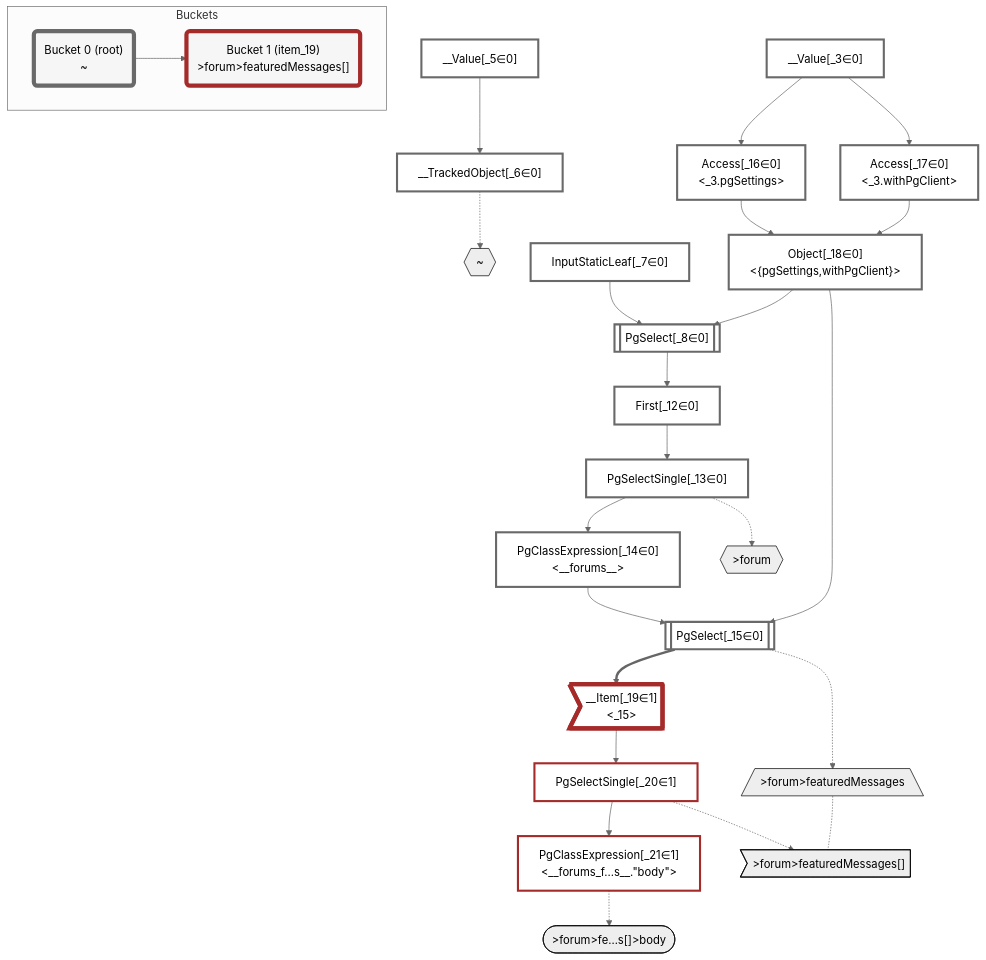
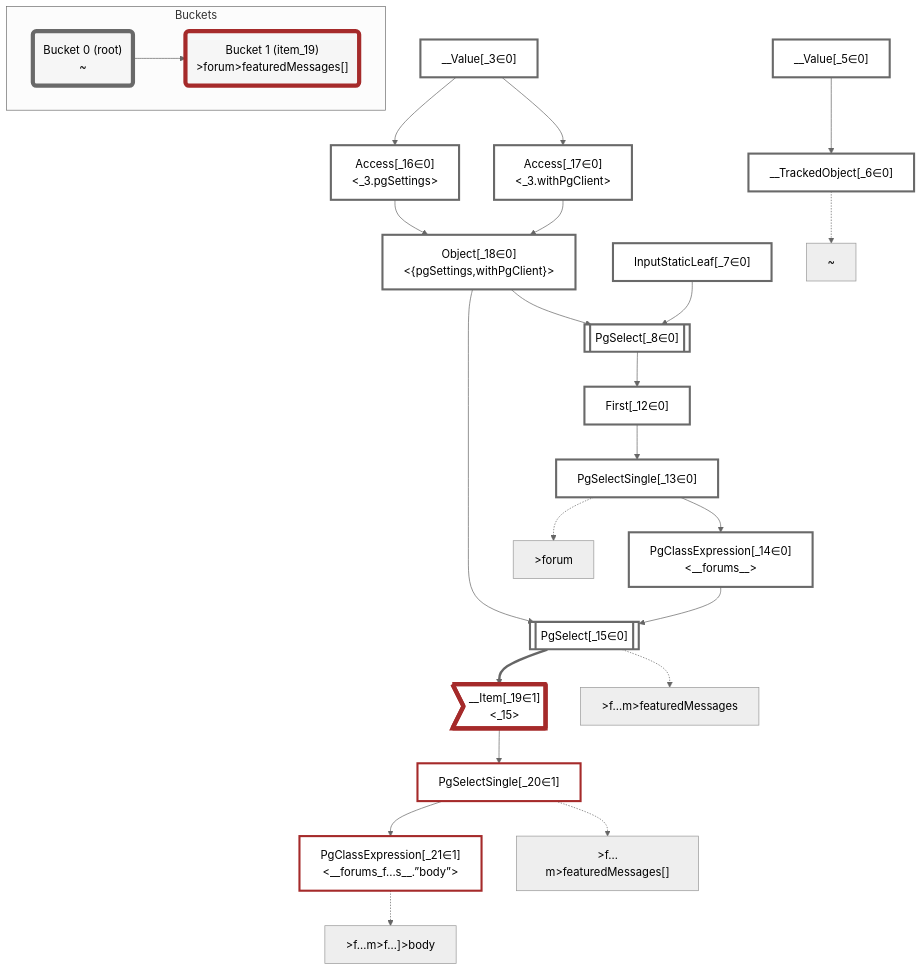
Before and after one commit to graphile/crystal: the diagram in packages/dataplan-pg/__tests__/queries/functions/computed-column-setof-message.deopt.mermaid.md, drawn with Mermaid (neutral theme). The commit also changed 195 other files, not shown here.

````diff
--- a/packages/dataplan-pg/__tests__/queries/functions/computed-column-setof-message.deopt.mermaid.md
+++ b/packages/dataplan-pg/__tests__/queries/functions/computed-column-setof-message.deopt.mermaid.md
@@ -1,75 +1,69 @@
 ```mermaid
 graph TD
     classDef path fill:#eee,stroke:#000,color:#000
     classDef plan fill:#fff,stroke-width:3px,color:#000
     classDef itemplan fill:#fff,stroke-width:6px,color:#000
     classDef sideeffectplan fill:#f00,stroke-width:6px,color:#000
     classDef bucket fill:#f6f6f6,color:#000,stroke-width:6px
 
-    %% subgraph fields
-    P1{{"~"}}:::path
-    P2{{">forum"}}:::path
-    P3[/">forum>featuredMessages"\]:::path
-    P4>">forum>featuredMessages[]"]:::path
-    P3 -.- P4
-    P5([">forum>fe…s[]>body"]):::path
-    %% P4 -.-> P5
-    %% P2 -.-> P3
-    %% P1 -.-> P2
-    %% end
 
     %% define plans
     __Value_3["__Value[_3∈0]<br /><context>"]:::plan
     __Value_5["__Value[_5∈0]<br /><rootValue>"]:::plan
     __TrackedObject_6["__TrackedObject[_6∈0]"]:::plan
     InputStaticLeaf_7["InputStaticLeaf[_7∈0]"]:::plan
     PgSelect_8[["PgSelect[_8∈0]<br /><forums>"]]:::plan
     First_12["First[_12∈0]"]:::plan
     PgSelectSingle_13["PgSelectSingle[_13∈0]<br /><forums>"]:::plan
     PgClassExpression_14["PgClassExpression[_14∈0]<br /><__forums__>"]:::plan
     PgSelect_15[["PgSelect[_15∈0]<br /><forums_featured_messages>"]]:::plan
     Access_16["Access[_16∈0]<br /><_3.pgSettings>"]:::plan
     Access_17["Access[_17∈0]<br /><_3.withPgClient>"]:::plan
     Object_18["Object[_18∈0]<br /><{pgSettings,withPgClient}>"]:::plan
     __Item_19>"__Item[_19∈1]<br /><_15>"]:::itemplan
     PgSelectSingle_20["PgSelectSingle[_20∈1]<br /><forums_featured_messages>"]:::plan
-    PgClassExpression_21["PgClassExpression[_21∈1]<br /><__forums_f...s__.#quot;body#quot;>"]:::plan
+    PgClassExpression_21["PgClassExpression[_21∈1]<br /><__forums_f...s__.”body”>"]:::plan
 
     %% plan dependencies
     __Value_5 --> __TrackedObject_6
     Object_18 --> PgSelect_8
     InputStaticLeaf_7 --> PgSelect_8
     PgSelect_8 --> First_12
     First_12 --> PgSelectSingle_13
     PgSelectSingle_13 --> PgClassExpression_14
     Object_18 --> PgSelect_15
     PgClassExpression_14 --> PgSelect_15
     __Value_3 --> Access_16
     __Value_3 --> Access_17
     Access_16 --> Object_18
     Access_17 --> Object_18
     PgSelect_15 ==> __Item_19
     __Item_19 --> PgSelectSingle_20
     PgSelectSingle_20 --> PgClassExpression_21
 
     %% plan-to-path relationships
+    P1["~"]
     __TrackedObject_6 -.-> P1
+    P2[">forum"]
     PgSelectSingle_13 -.-> P2
+    P3[">f…m>featuredMessages"]
     PgSelect_15 -.-> P3
+    P4[">f…m>featuredMessages[]"]
     PgSelectSingle_20 -.-> P4
+    P5[">f…m>f…]>body"]
     PgClassExpression_21 -.-> P5
 
     %% allocate buckets
     classDef bucket0 stroke:#696969
     class __Value_3,__Value_5,__TrackedObject_6,InputStaticLeaf_7,PgSelect_8,First_12,PgSelectSingle_13,PgClassExpression_14,PgSelect_15,Access_16,Access_17,Object_18 bucket0
     classDef bucket1 stroke:#a52a2a
     class __Item_19,PgSelectSingle_20,PgClassExpression_21 bucket1
 
     subgraph Buckets
     Bucket0("Bucket 0 (root)<br />~"):::bucket
     style Bucket0 stroke:#696969
     Bucket1("Bucket 1 (item_19)<br />>forum>featuredMessages[]"):::bucket
     style Bucket1 stroke:#a52a2a
     Bucket0 --> Bucket1
     end
 ```
````
